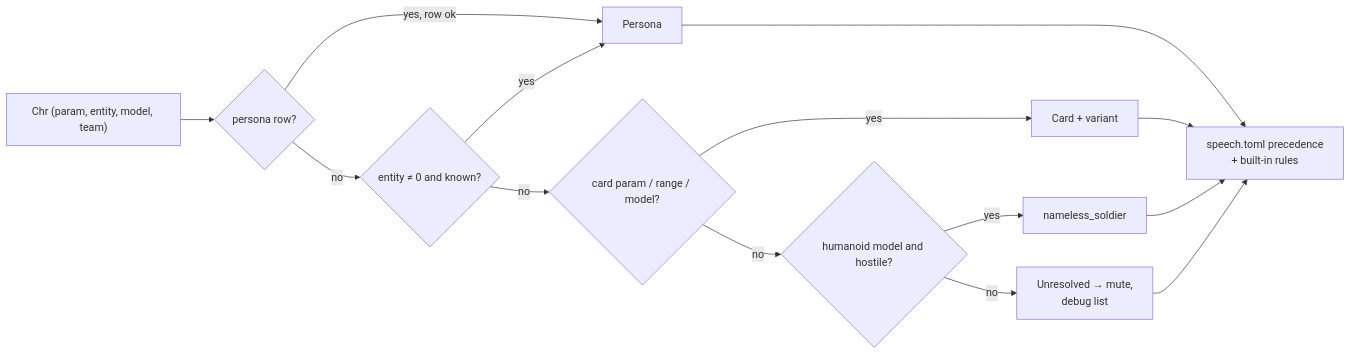
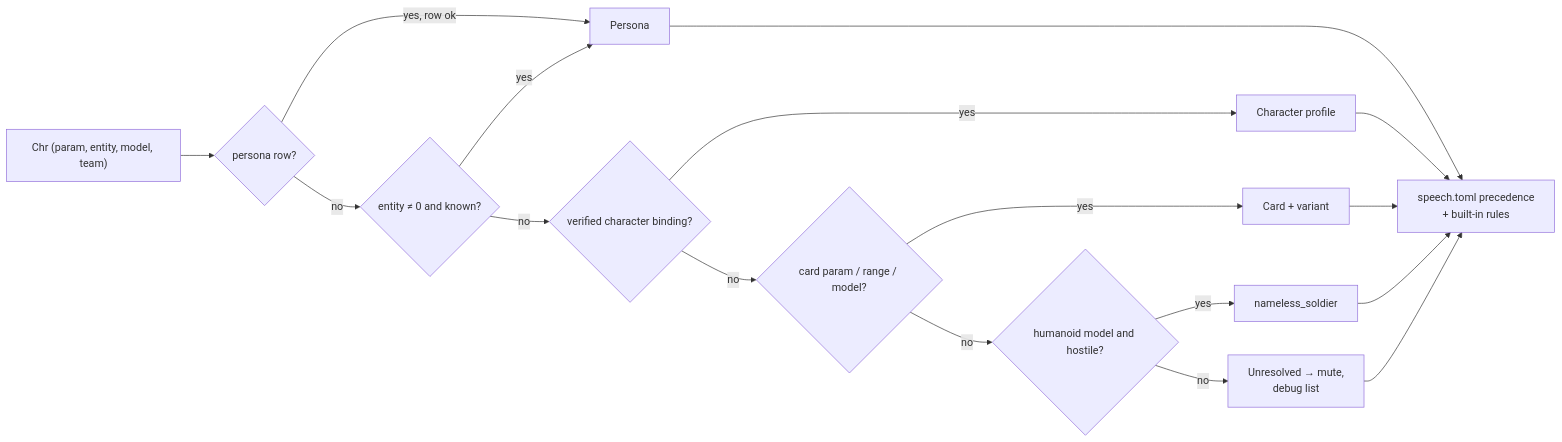
Before and after one commit to Pt0l3my/EldenNet: the first of 5 diagrams in docs/design/npcs-and-dialogue.md, drawn with Mermaid. The commit also changed other lines of this file and 3 other files, not shown here.

````diff
--- a/docs/design/npcs-and-dialogue.md
+++ b/docs/design/npcs-and-dialogue.md
@@ -344,13 +349,15 @@
 ```mermaid
 flowchart LR
   C["Chr (param, entity, model, team)"] --> P{"persona row?"}
   P -- yes, row ok --> PR["Persona"]
   P -- no --> E{"entity ≠ 0 and known?"}
   E -- yes --> PR
-  E -- no --> K{"card param / range / model?"}
+  E -- no --> CH{"verified character binding?"}
+  CH -- yes --> CP["Character profile"]
+  CH -- no --> K{"card param / range / model?"}
   K -- yes --> CA["Card + variant"]
   K -- no --> H{"humanoid model and hostile?"}
   H -- yes --> FB["nameless_soldier"]
   H -- no --> U["Unresolved → mute,<br/>debug list"]
-  PR & CA & FB & U --> S["speech.toml precedence<br/>+ built-in rules"]
+  PR & CP & CA & FB & U --> S["speech.toml precedence<br/>+ built-in rules"]
 ```
````
